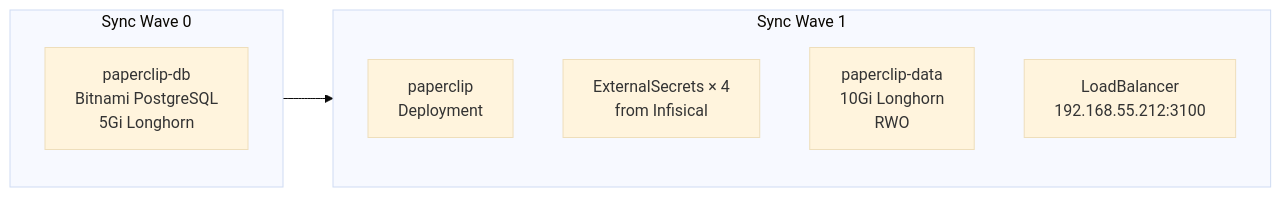
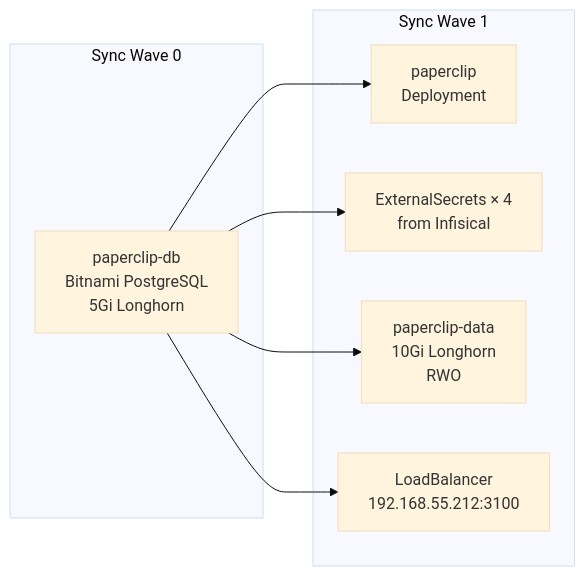
Before and after one commit to derio-net/frank: the second of 3 diagrams in blog/content/docs/building/15-paperclip/index.md, drawn with Mermaid (base theme). The commit also changed other lines of this file and 52 other files, not shown here.

````diff
--- a/blog/content/docs/building/15-paperclip/index.md
+++ b/blog/content/docs/building/15-paperclip/index.md
@@ -49,14 +49,17 @@
 ```mermaid
 flowchart LR
   subgraph Wave0[Sync Wave 0]
     DB[paperclip-db<br/>Bitnami PostgreSQL<br/>5Gi Longhorn]
   end
   subgraph Wave1[Sync Wave 1]
     P[paperclip<br/>Deployment]
     ES[ExternalSecrets × 4<br/>from Infisical]
     PVC[paperclip-data<br/>10Gi Longhorn<br/>RWO]
     LB[LoadBalancer<br/>192.168.55.212:3100]
   end
 
-  Wave0 --> Wave1
+  DB --> P
+  DB --> ES
+  DB --> PVC
+  DB --> LB
 ```
````
